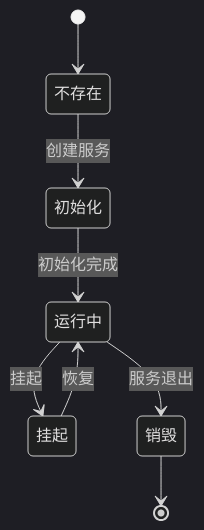
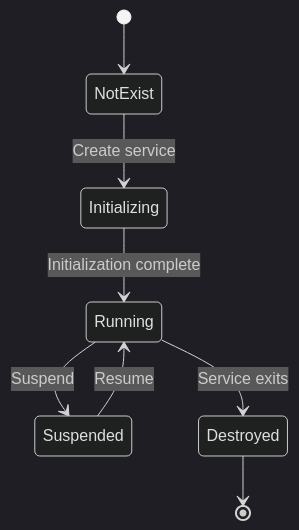
Before and after one commit to cuihairu/skynet: the second of 2 diagrams in docs/architecture/service-module.md, drawn with Mermaid (dark theme). The commit also changed other lines of this file and 86 other files, not shown here.

````diff
--- a/docs/architecture/service-module.md
+++ b/docs/architecture/service-module.md
@@ -78,10 +78,10 @@
 ```mermaid
 stateDiagram-v2
-    [*] --> 不存在
-    不存在 --> 初始化: 创建服务
-    初始化 --> 运行中: 初始化完成
-    运行中 --> 挂起: 挂起
-    挂起 --> 运行中: 恢复
-    运行中 --> 销毁: 服务退出
-    销毁 --> [*]
+    [*] --> NotExist
+    NotExist --> Initializing: Create service
+    Initializing --> Running: Initialization complete
+    Running --> Suspended: Suspend
+    Suspended --> Running: Resume
+    Running --> Destroyed: Service exits
+    Destroyed --> [*]
 ```
````
